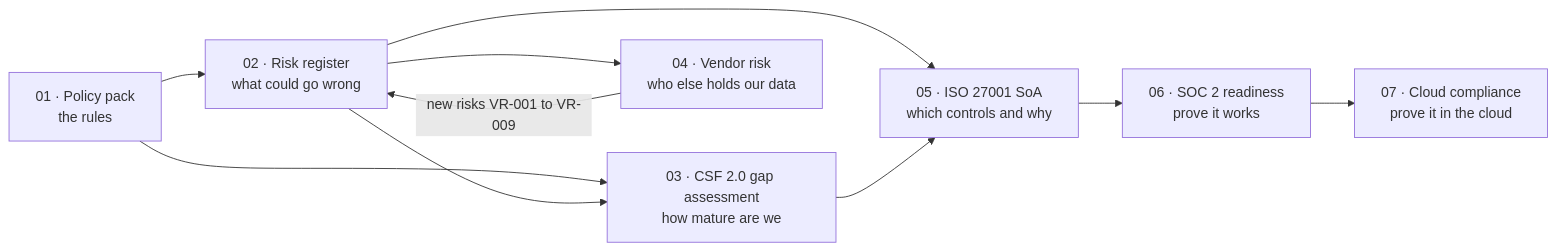
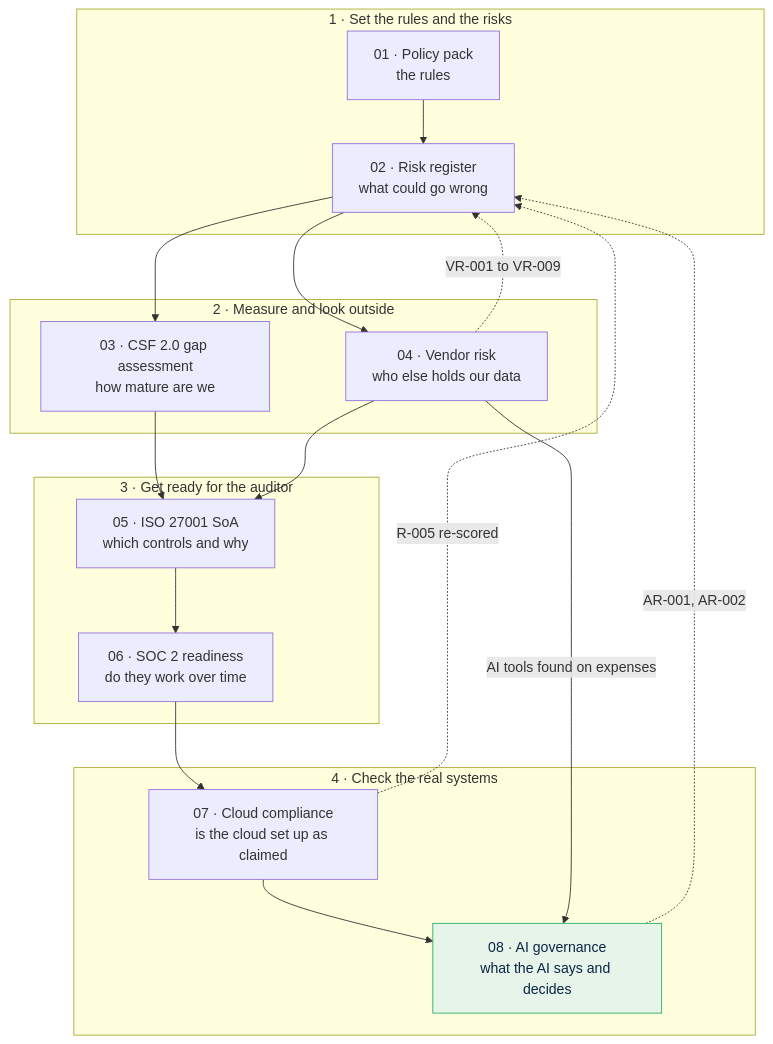
Before and after one commit to lushegun/Cypher-Group-Inc-grc-portfolio: the diagram in README.md, drawn with Mermaid. The commit also changed other lines of this file and 39 other files, not shown here.

First line of the commit message:
Project 08: CGI-AIG-001 AI governance assessment (EU AI Act + ISO/IEC 42001)

````diff
--- a/README.md
+++ b/README.md
@@ -60,12 +63,33 @@
 ```mermaid
-flowchart LR
-    P1["01 · Policy pack<br/>the rules"] --> P2["02 · Risk register<br/>what could go wrong"]
-    P1 --> P3["03 · CSF 2.0 gap assessment<br/>how mature are we"]
+flowchart TB
+    subgraph S1["1 · Set the rules and the risks"]
+        P1["01 · Policy pack<br/>the rules"]
+        P2["02 · Risk register<br/>what could go wrong"]
+    end
+    subgraph S2["2 · Measure and look outside"]
+        P3["03 · CSF 2.0 gap assessment<br/>how mature are we"]
+        P4["04 · Vendor risk<br/>who else holds our data"]
+    end
+    subgraph S3["3 · Get ready for the auditor"]
+        P5["05 · ISO 27001 SoA<br/>which controls and why"]
+        P6["06 · SOC 2 readiness<br/>do they work over time"]
+    end
+    subgraph S4["4 · Check the real systems"]
+        P7["07 · Cloud compliance<br/>is the cloud set up as claimed"]
+        P8["08 · AI governance<br/>what the AI says and decides"]
+    end
+    P1 --> P2
     P2 --> P3
-    P2 --> P4["04 · Vendor risk<br/>who else holds our data"]
-    P4 -->|new risks VR-001 to VR-009| P2
-    P2 --> P5["05 · ISO 27001 SoA<br/>which controls and why"]
+    P2 --> P4
     P3 --> P5
-    P5 --> P6["06 · SOC 2 readiness<br/>prove it works"]
-    P6 --> P7["07 · Cloud compliance<br/>prove it in the cloud"]
+    P4 --> P5
+    P5 --> P6
+    P6 --> P7
+    P7 --> P8
+    P4 -->|AI tools found on expenses| P8
+    P4 -.->|VR-001 to VR-009| P2
+    P7 -.->|R-005 re-scored| P2
+    P8 -.->|AR-001, AR-002| P2
+    classDef ai fill:#E6F4EA,stroke:#2BAE66,color:#0B2545
+    class P8 ai
 ```
````
